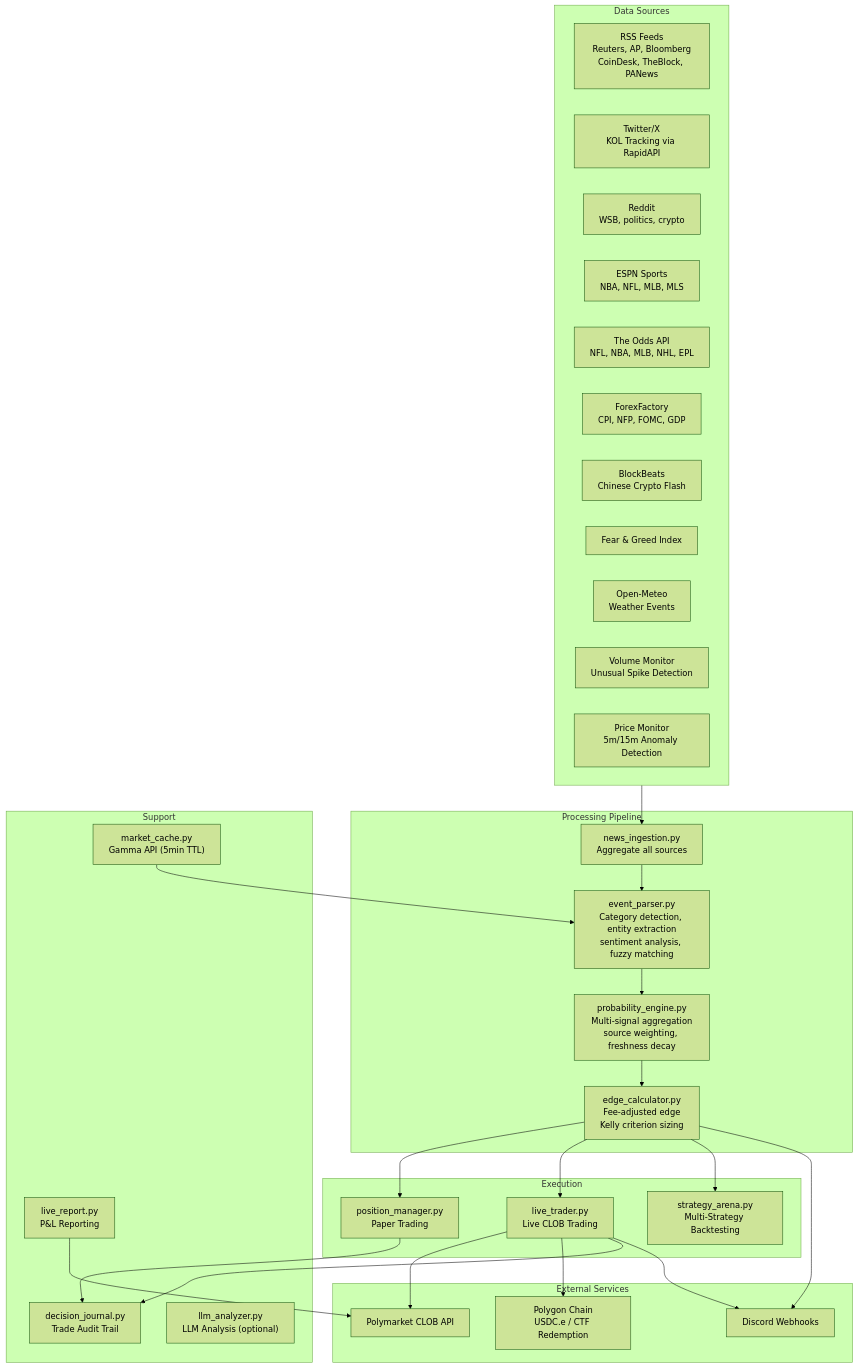
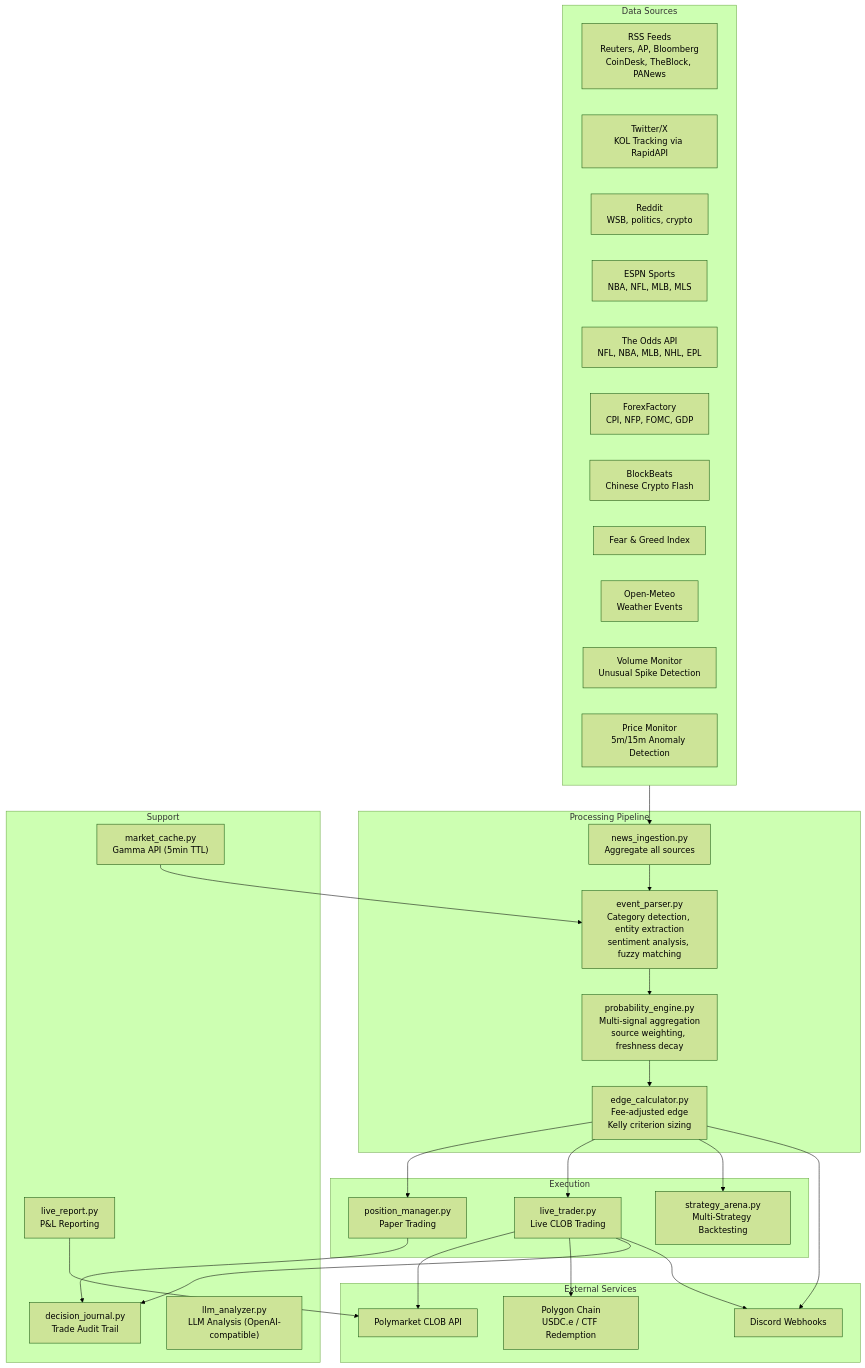
The second of 2 diagrams in README.md (arkyu2077/polyclaw), drawn with Mermaid (forest theme) before and after one commit. The commit also changed other lines of this file, not shown here.

First line of the commit message:
docs: rewrite README for clarity and OpenClaw onboarding

````diff
--- a/README.md
+++ b/README.md
@@ -49,58 +43,58 @@
 ```mermaid
 flowchart TB
     subgraph sources["Data Sources"]
         RSS["RSS Feeds<br/>Reuters, AP, Bloomberg<br/>CoinDesk, TheBlock, PANews"]
         TW["Twitter/X<br/>KOL Tracking via RapidAPI"]
         RD["Reddit<br/>WSB, politics, crypto"]
         ESPN["ESPN Sports<br/>NBA, NFL, MLB, MLS"]
         ODDS["The Odds API<br/>NFL, NBA, MLB, NHL, EPL"]
         ECON["ForexFactory<br/>CPI, NFP, FOMC, GDP"]
         BB["BlockBeats<br/>Chinese Crypto Flash"]
         FG["Fear & Greed Index"]
         WX["Open-Meteo<br/>Weather Events"]
         VOL["Volume Monitor<br/>Unusual Spike Detection"]
         PX["Price Monitor<br/>5m/15m Anomaly Detection"]
     end
 
     subgraph pipeline["Processing Pipeline"]
         ING["news_ingestion.py<br/>Aggregate all sources"]
         EP["event_parser.py<br/>Category detection, entity extraction<br/>sentiment analysis, fuzzy matching"]
         PE["probability_engine.py<br/>Multi-signal aggregation<br/>source weighting, freshness decay"]
         EC["edge_calculator.py<br/>Fee-adjusted edge<br/>Kelly criterion sizing"]
     end
 
     subgraph execution["Execution"]
         PM["position_manager.py<br/>Paper Trading"]
         LT["live_trader.py<br/>Live CLOB Trading"]
         SA["strategy_arena.py<br/>Multi-Strategy Backtesting"]
     end
 
     subgraph support["Support"]
         MC["market_cache.py<br/>Gamma API (5min TTL)"]
         DJ["decision_journal.py<br/>Trade Audit Trail"]
-        LLM["llm_analyzer.py<br/>LLM Analysis (optional)"]
+        LLM["llm_analyzer.py<br/>LLM Analysis (OpenAI-compatible)"]
         LR["live_report.py<br/>P&L Reporting"]
     end
 
     subgraph external["External Services"]
         DISC["Discord Webhooks"]
         CLOB["Polymarket CLOB API"]
         POLY["Polygon Chain<br/>USDC.e / CTF Redemption"]
     end
 
     sources --> ING
     ING --> EP
     MC --> EP
     EP --> PE
     PE --> EC
     EC --> PM
     EC --> LT
     EC --> SA
     LT --> CLOB
     LT --> POLY
     LT --> DJ
     PM --> DJ
     EC --> DISC
     LT --> DISC
     LR --> CLOB
 ```
````
